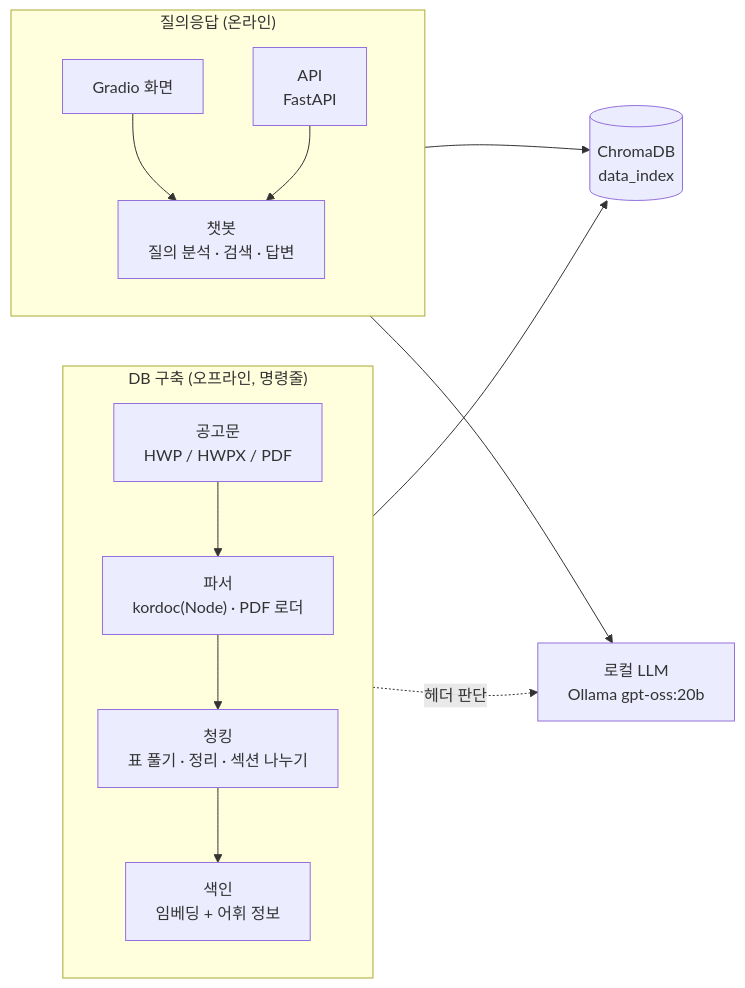
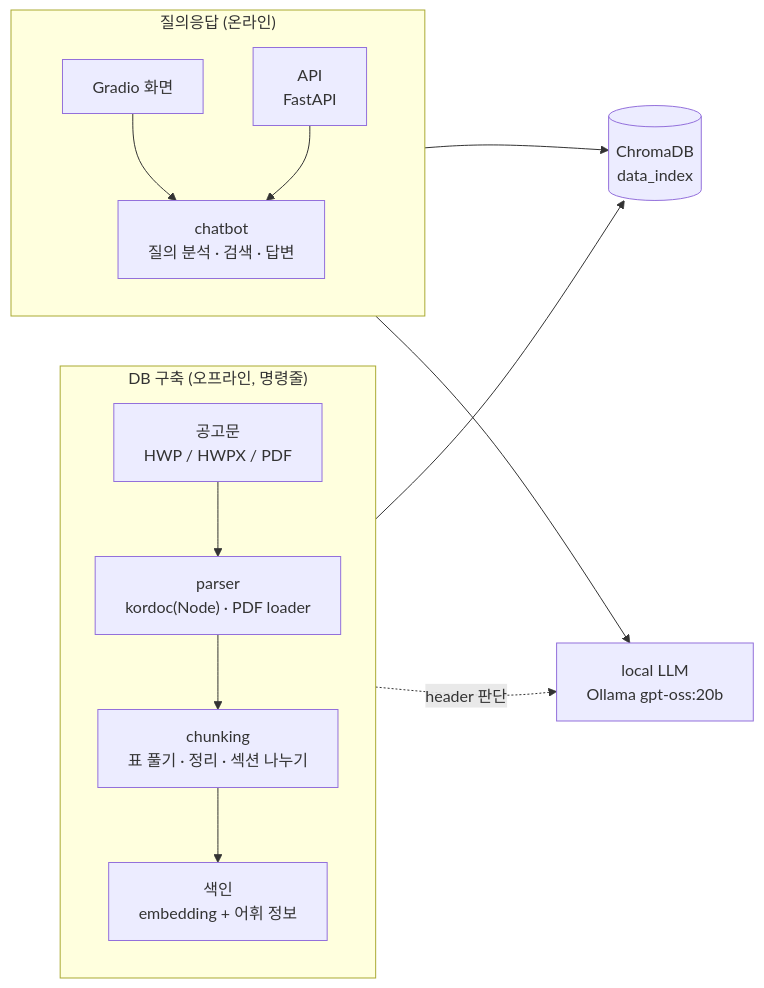
The first of 2 diagrams in docs/03_아키텍처.md (adover134/hierarchical-md-rag), drawn with Mermaid before and after one commit. The commit also changed other lines of this file and 24 other files, not shown here.

````diff
--- a/docs/03_아키텍처.md
+++ b/docs/03_아키텍처.md
@@ -14,24 +14,24 @@
 ```mermaid
 flowchart LR
     subgraph OFF["DB 구축 (오프라인, 명령줄)"]
         direction TB
-        P1["공고문<br/>HWP / HWPX / PDF"] --> P2["파서<br/>kordoc(Node) · PDF 로더"]
-        P2 --> P3["청킹<br/>표 풀기 · 정리 · 섹션 나누기"]
-        P3 --> P4["색인<br/>임베딩 + 어휘 정보"]
+        P1["공고문<br/>HWP / HWPX / PDF"] --> P2["parser<br/>kordoc(Node) · PDF loader"]
+        P2 --> P3["chunking<br/>표 풀기 · 정리 · 섹션 나누기"]
+        P3 --> P4["색인<br/>embedding + 어휘 정보"]
     end
 
     DB[("ChromaDB<br/>data_index")]
 
     subgraph ON["질의응답 (온라인)"]
         direction TB
-        UI["Gradio 화면"] --> BOT["챗봇<br/>질의 분석 · 검색 · 답변"]
+        UI["Gradio 화면"] --> BOT["chatbot<br/>질의 분석 · 검색 · 답변"]
         API["API<br/>FastAPI"] --> BOT
     end
 
-    LLM["로컬 LLM<br/>Ollama gpt-oss:20b"]
+    LLM["local LLM<br/>Ollama gpt-oss:20b"]
 
     P4 --> DB
     BOT --> DB
     BOT --> LLM
-    P2 -.->|"헤더 판단"| LLM
+    P2 -.->|"header 판단"| LLM
 ```
````
